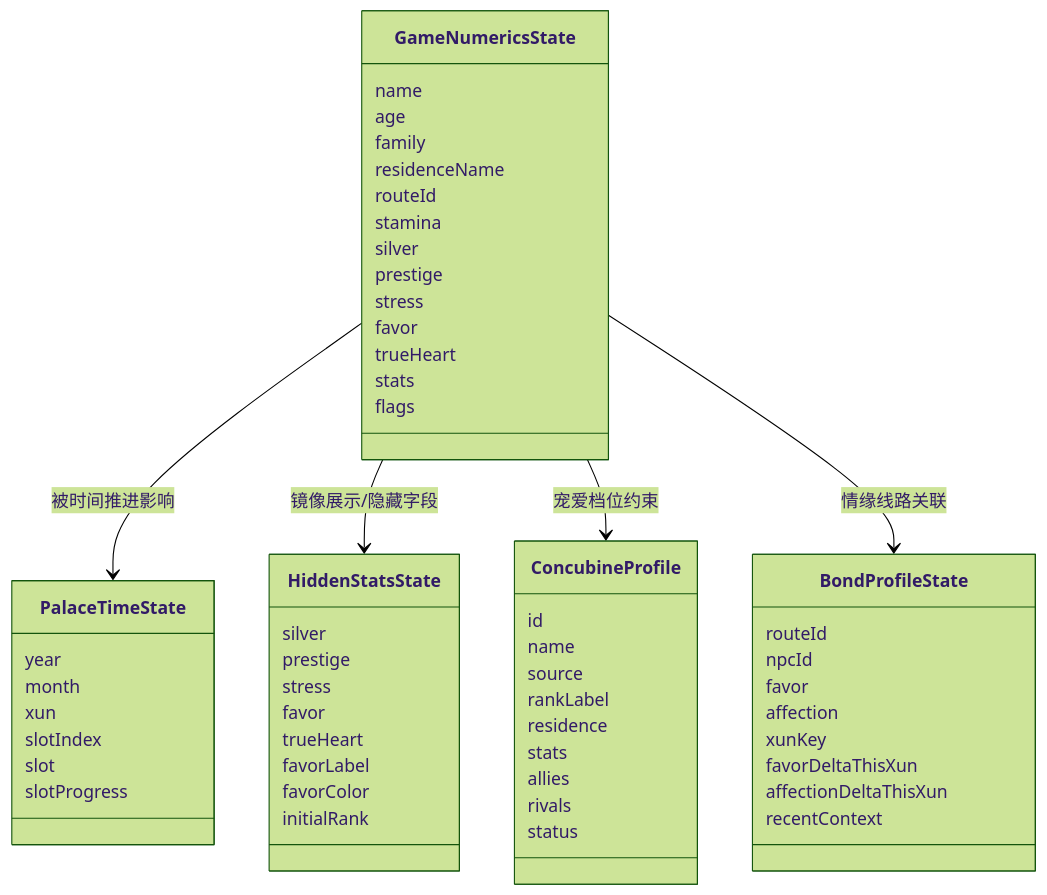
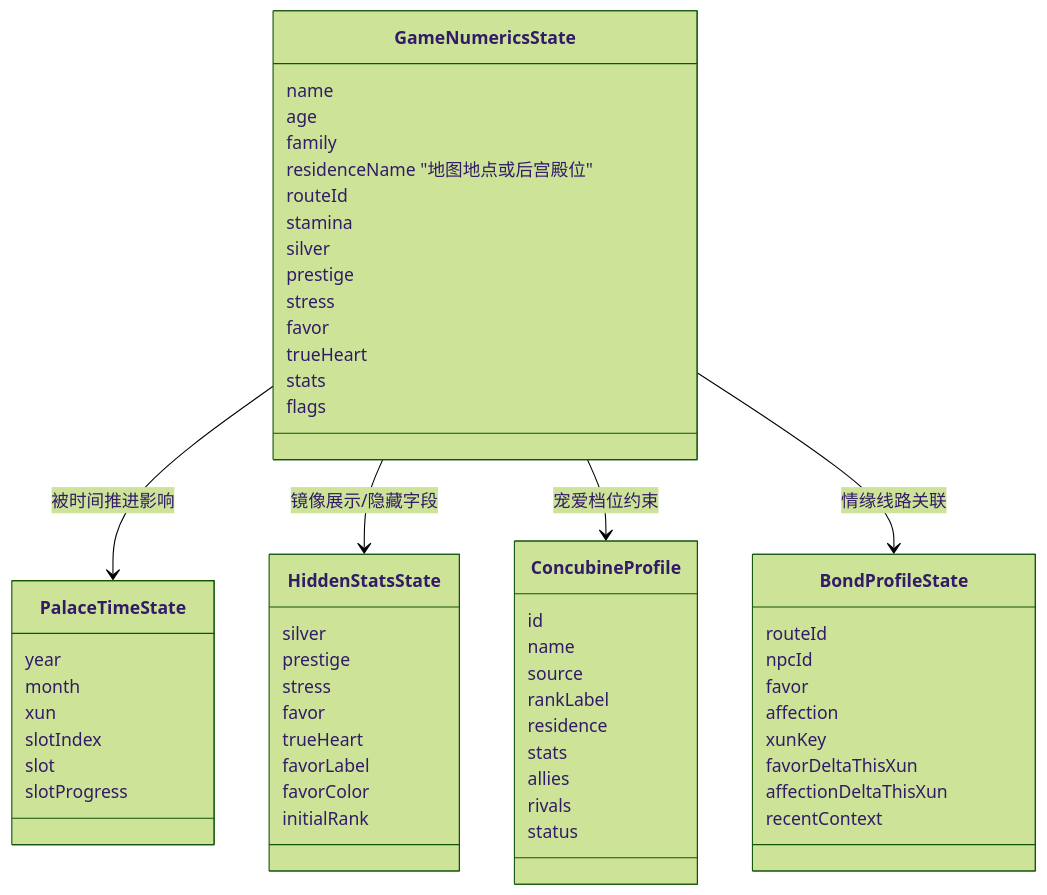
One commit to changyikun/02-project-codex-ai-config-wiring-fix changed the sixth of 17 diagrams in 02-project-codex-ai-config-wiring-fix/docs/game-system-breakdown.md. Above: the diagram before and after it, drawn with Mermaid (forest theme). The commit also changed other lines of this file and 57 other files, not shown here.

````diff
--- a/02-project-codex-ai-config-wiring-fix/docs/game-system-breakdown.md
+++ b/02-project-codex-ai-config-wiring-fix/docs/game-system-breakdown.md
@@ -237,66 +238,66 @@
 ```mermaid
 classDiagram
   class GameNumericsState {
     name
     age
     family
-    residenceName
+    residenceName "地图地点或后宫殿位"
     routeId
     stamina
     silver
     prestige
     stress
     favor
     trueHeart
     stats
     flags
   }
 
   class PalaceTimeState {
     year
     month
     xun
     slotIndex
     slot
     slotProgress
   }
 
   class HiddenStatsState {
     silver
     prestige
     stress
     favor
     trueHeart
     favorLabel
     favorColor
     initialRank
   }
 
   class ConcubineProfile {
     id
     name
     source
     rankLabel
     residence
     stats
     allies
     rivals
     status
   }
 
   class BondProfileState {
     routeId
     npcId
     favor
     affection
     xunKey
     favorDeltaThisXun
     affectionDeltaThisXun
     recentContext
   }
 
   GameNumericsState --> PalaceTimeState : 被时间推进影响
   GameNumericsState --> HiddenStatsState : 镜像展示/隐藏字段
   GameNumericsState --> ConcubineProfile : 宠爱档位约束
   GameNumericsState --> BondProfileState : 情缘线路关联
 ```
````
